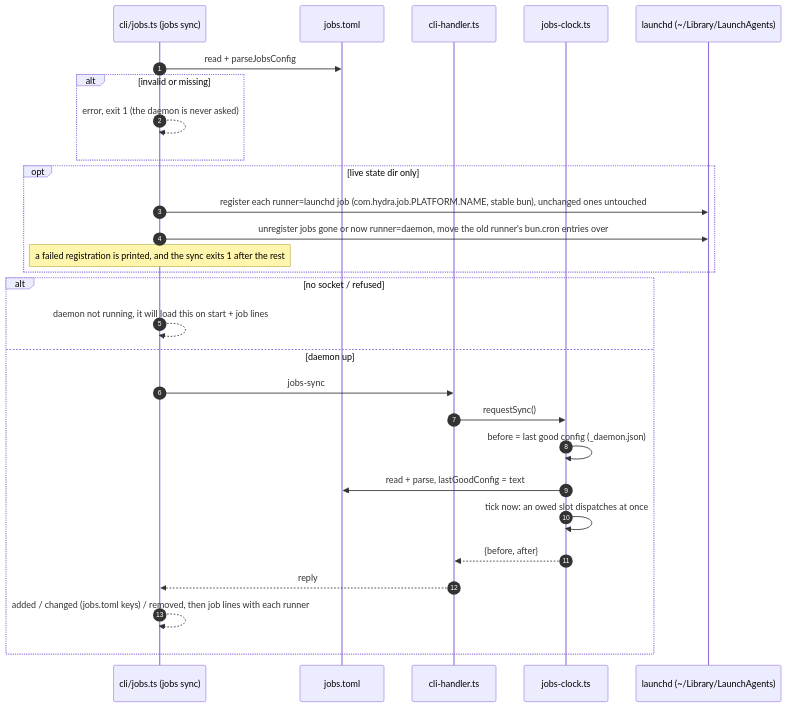
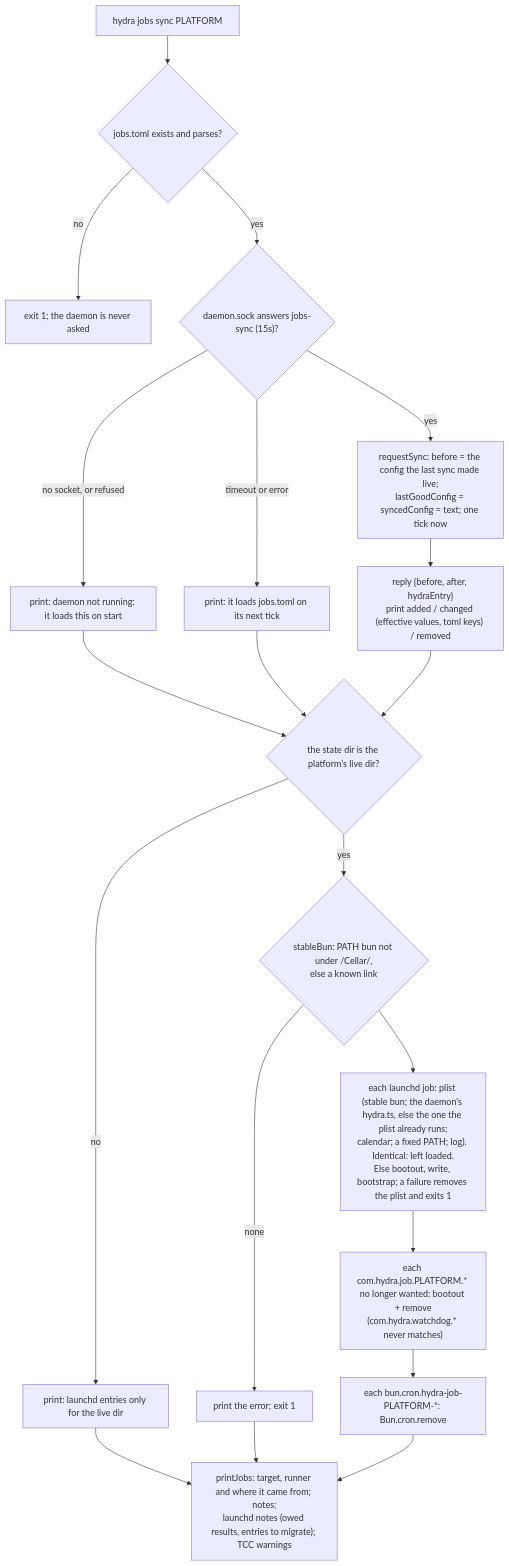
Before and after one commit to sf8193/hydra: the diagram in diagrams/flow-jobs-sync.mmd, drawn with Mermaid. The commit also changed 14 other files, not shown here.

```diff
--- a/diagrams/flow-jobs-sync.mmd
+++ b/diagrams/flow-jobs-sync.mmd
@@ -1,29 +1,19 @@
-sequenceDiagram
-    autonumber
-    participant CLI as cli/jobs.ts (jobs sync)
-    participant T as jobs.toml
-    participant H as cli-handler.ts
-    participant C as jobs-clock.ts
-    participant L as launchd (~/Library/LaunchAgents)
-
-    CLI->>T: read + parseJobsConfig
-    alt invalid or missing
-        CLI-->>CLI: error, exit 1 (the daemon is never asked)
-    end
-    opt live state dir only
-        CLI->>L: register each runner=launchd job (com.hydra.job.PLATFORM.NAME, stable bun), unchanged ones untouched
-        CLI->>L: unregister jobs gone or now runner=daemon, move the old runner's bun.cron entries over
-        Note over CLI: a failed registration is printed, and the sync exits 1 after the rest
-    end
-    alt no socket / refused
-        CLI-->>CLI: daemon not running, it will load this on start + job lines
-    else daemon up
-        CLI->>H: jobs-sync
-        H->>C: requestSync()
-        C->>C: before = last good config (_daemon.json)
-        C->>T: read + parse, lastGoodConfig = text
-        C->>C: tick now: an owed slot dispatches at once
-        C-->>H: {before, after}
-        H-->>CLI: reply
-        CLI-->>CLI: added / changed (jobs.toml keys) / removed, then job lines with each runner
-    end
+%% hydra jobs sync (cli/jobs.ts jobsSync, syncLaunchd; daemon/jobs-clock.ts requestSync).
+flowchart TD
+  S["hydra jobs sync PLATFORM"] --> P{"jobs.toml exists and parses?"}
+  P -->|no| E1["exit 1; the daemon is never asked"]
+  P -->|yes| SK{"daemon.sock answers jobs-sync (15s)?"}
+  SK -->|"no socket, or refused"| M1["print: daemon not running; it loads this on start"]
+  SK -->|"timeout or error"| M2["print: it loads jobs.toml on its next tick"]
+  SK -->|yes| RQ["requestSync: before = the config the last sync made live;<br/>lastGoodConfig = syncedConfig = text; one tick now"]
+  RQ --> DF["reply {before, after, hydraEntry}<br/>print added / changed (effective values, toml keys) / removed"]
+  M1 & M2 & DF --> LIVE{"the state dir is the platform's live dir?"}
+  LIVE -->|no| NOTE["print: launchd entries only for the live dir"]
+  LIVE -->|yes| B{"stableBun: PATH bun not under /Cellar/,<br/>else a known link"}
+  B -->|none| E2["print the error; exit 1"]
+  B --> REG["each launchd job: plist (stable bun; the daemon's hydra.ts, else the one the plist already runs;<br/>calendar; a fixed PATH; log). Identical: left loaded.<br/>Else bootout, write, bootstrap; a failure removes the plist and exits 1"]
+  REG --> UN["each com.hydra.job.PLATFORM.* no longer wanted: bootout + remove<br/>(com.hydra.watchdog.* never matches)"]
+  UN --> LG["each bun.cron.hydra-job-PLATFORM-*: Bun.cron.remove"]
+  LG --> PJ["printJobs: target, runner and where it came from; notes;<br/>launchd notes (owed results, entries to migrate); TCC warnings"]
+  NOTE --> PJ
+  E2 --> PJ
```
